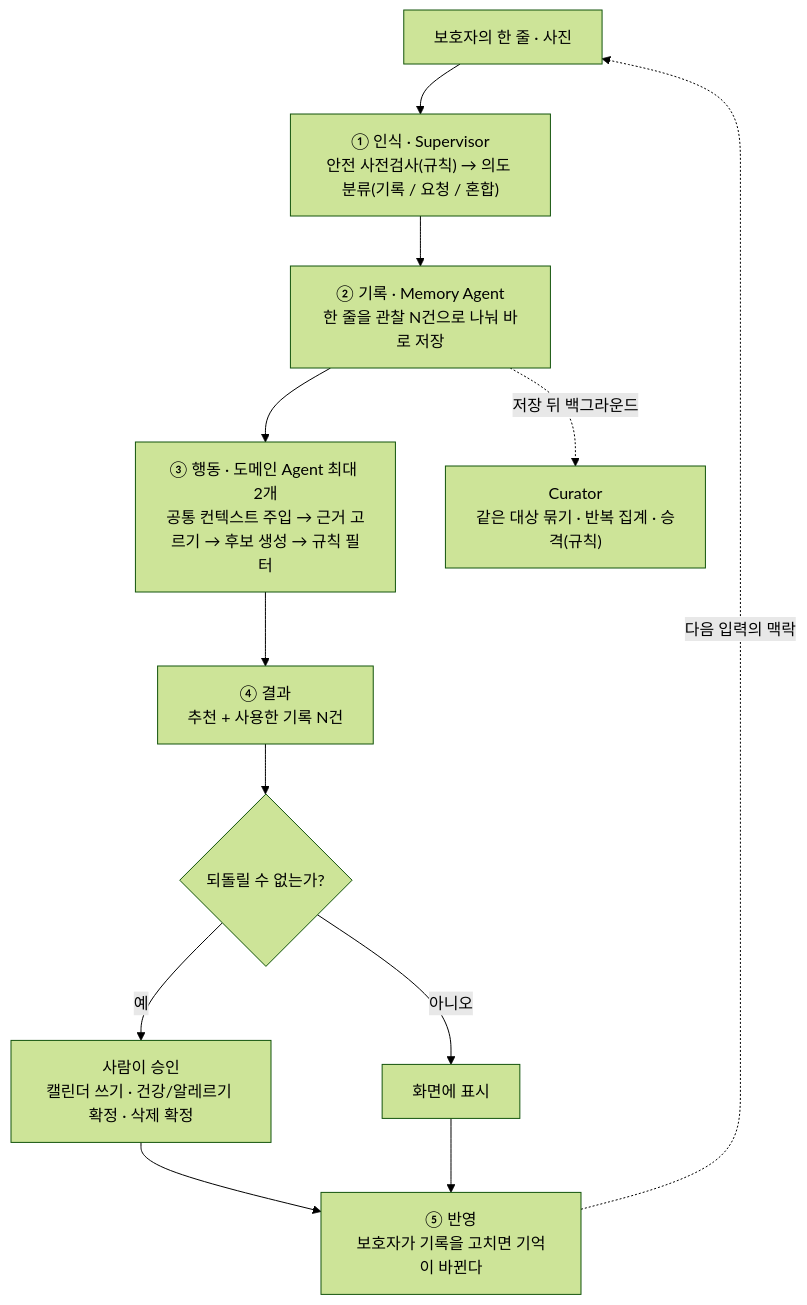
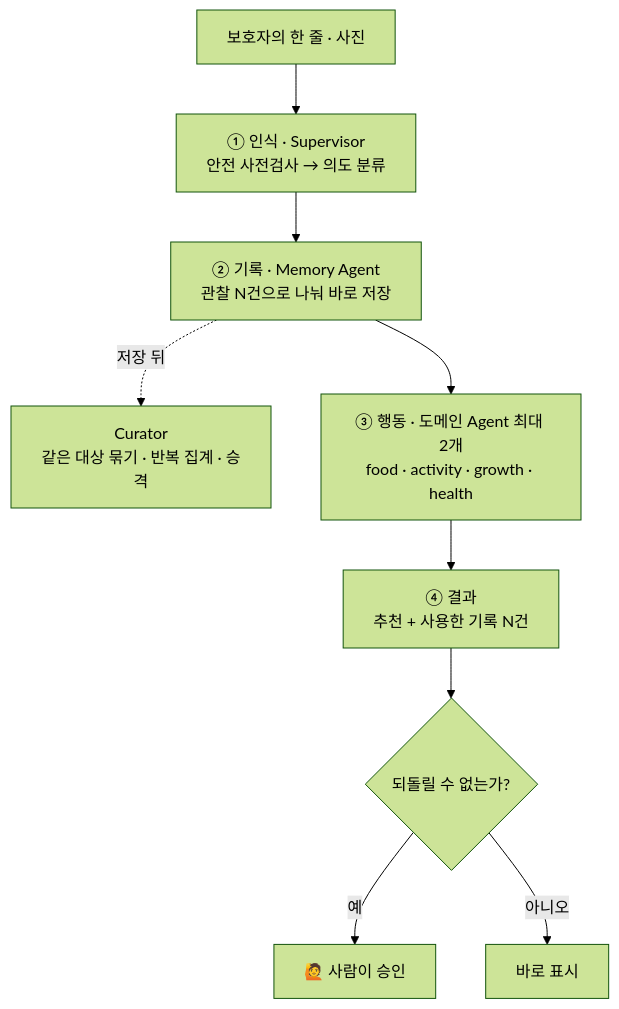
Before and after one commit to kakaotechcampus-4/ktc4-pusan-3: the second of 4 diagrams in README.md, drawn with Mermaid (forest theme). The commit also changed other lines of this file and 7 other files, not shown here.

````diff
--- a/README.md
+++ b/README.md
@@ -47,14 +76,11 @@
 ```mermaid
 flowchart TD
-    IN["보호자의 한 줄 · 사진"] --> SUP
-    SUP["① 인식 · Supervisor<br/>안전 사전검사(규칙) → 의도 분류(기록 / 요청 / 혼합)"] --> MEM
-    MEM["② 기록 · Memory Agent<br/>한 줄을 관찰 N건으로 나눠 바로 저장"] --> DOM
-    MEM -. "저장 뒤 백그라운드" .-> CUR["Curator<br/>같은 대상 묶기 · 반복 집계 · 승격(규칙)"]
-    DOM["③ 행동 · 도메인 Agent 최대 2개<br/>공통 컨텍스트 주입 → 근거 고르기 → 후보 생성 → 규칙 필터"] --> OUT
-    OUT["④ 결과<br/>추천 + 사용한 기록 N건"] --> GATE
-    GATE{"되돌릴 수 없는가?"} -- "예" --> HUMAN["사람이 승인<br/>캘린더 쓰기 · 건강/알레르기 확정 · 삭제 확정"]
-    GATE -- "아니오" --> SHOW["화면에 표시"]
-    HUMAN --> FB
-    SHOW --> FB["⑤ 반영<br/>보호자가 기록을 고치면 기억이 바뀐다"]
-    FB -. "다음 입력의 맥락" .-> IN
+    IN["보호자의 한 줄 · 사진"] --> SUP["① 인식 · Supervisor<br/>안전 사전검사 → 의도 분류"]
+    SUP --> MEM["② 기록 · Memory Agent<br/>관찰 N건으로 나눠 바로 저장"]
+    MEM -. "저장 뒤" .-> CUR["Curator<br/>같은 대상 묶기 · 반복 집계 · 승격"]
+    MEM --> DOM["③ 행동 · 도메인 Agent 최대 2개<br/>food · activity · growth · health"]
+    DOM --> OUT["④ 결과<br/>추천 + 사용한 기록 N건"]
+    OUT --> GATE{"되돌릴 수 없는가?"}
+    GATE -- "예" --> HUMAN["🙋 사람이 승인"]
+    GATE -- "아니오" --> SHOW["바로 표시"]
 ```
````
